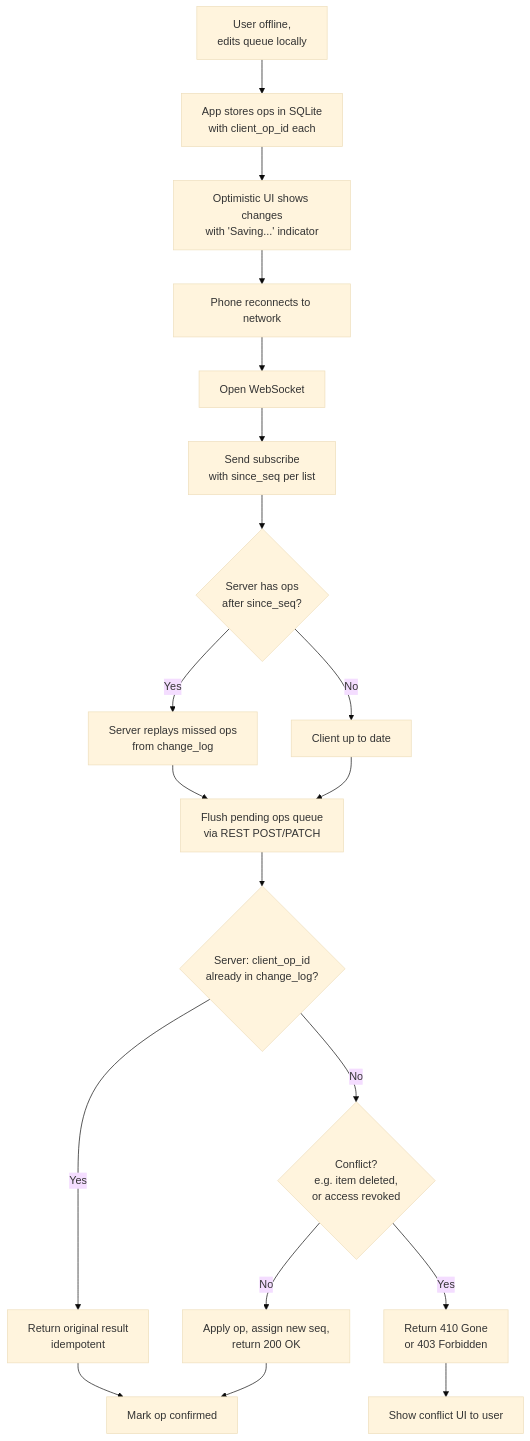
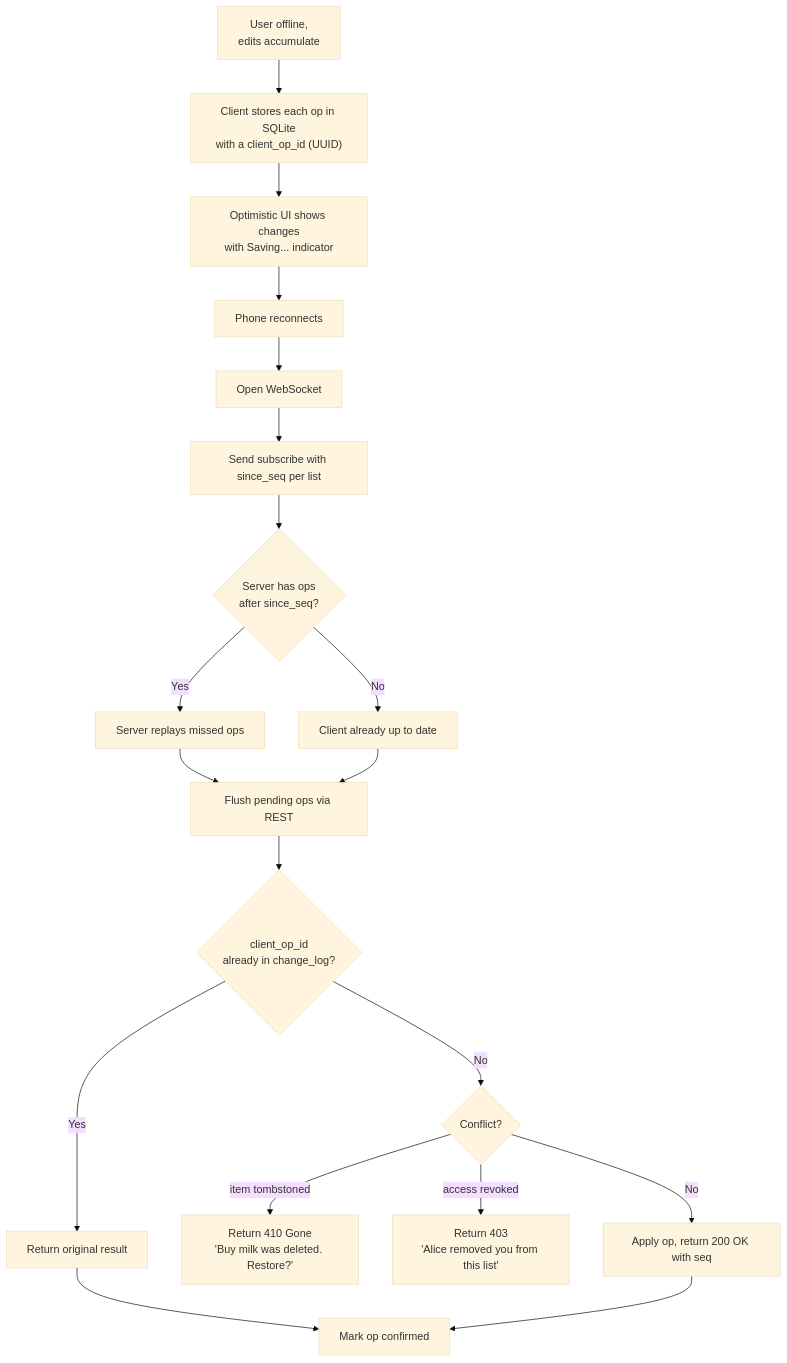
Before and after one commit to shiningflash/system-design: the fourth of 5 diagrams in problems/013-todo-list-sharing/solution.md, drawn with Mermaid (base theme). The commit also changed other lines of this file and 38 other files, not shown here.

````diff
--- a/problems/013-todo-list-sharing/solution.md
+++ b/problems/013-todo-list-sharing/solution.md
@@ -427,21 +430,21 @@
 ```mermaid
 flowchart TD
-    A[User offline,<br/>edits queue locally] --> B[App stores ops in SQLite<br/>with client_op_id each]
-    B --> C[Optimistic UI shows changes<br/>with 'Saving...' indicator]
-    C --> D[Phone reconnects to network]
+    A[User offline,<br/>edits accumulate] --> B["Client stores each op in SQLite<br/>with a client_op_id (UUID)"]
+    B --> C[Optimistic UI shows changes<br/>with Saving... indicator]
+    C --> D[Phone reconnects]
     D --> E[Open WebSocket]
-    E --> F[Send subscribe<br/>with since_seq per list]
+    E --> F["Send subscribe with since_seq per list"]
     F --> G{Server has ops<br/>after since_seq?}
-    G -->|Yes| H[Server replays missed ops<br/>from change_log]
-    G -->|No| I[Client up to date]
-    H --> J[Flush pending ops queue<br/>via REST POST/PATCH]
+    G -->|Yes| H[Server replays missed ops]
+    G -->|No| I[Client already up to date]
+    H --> J[Flush pending ops via REST]
     I --> J
-    J --> K{Server: client_op_id<br/>already in change_log?}
-    K -->|Yes| L[Return original result<br/>idempotent]
-    K -->|No| M{Conflict?<br/>e.g. item deleted,<br/>or access revoked}
-    M -->|Yes| N[Return 410 Gone<br/>or 403 Forbidden]
-    M -->|No| O[Apply op, assign new seq,<br/>return 200 OK]
-    L --> P[Mark op confirmed]
-    N --> Q[Show conflict UI to user]
-    O --> P
+    J --> K{client_op_id<br/>already in change_log?}
+    K -->|Yes| L[Return original result]
+    K -->|No| M{Conflict?}
+    M -->|item tombstoned| N["Return 410 Gone<br/>'Buy milk was deleted. Restore?'"]
+    M -->|access revoked| O["Return 403<br/>'Alice removed you from this list'"]
+    M -->|No| P[Apply op, return 200 OK with seq]
+    L --> Q[Mark op confirmed]
+    P --> Q
 ```
````
